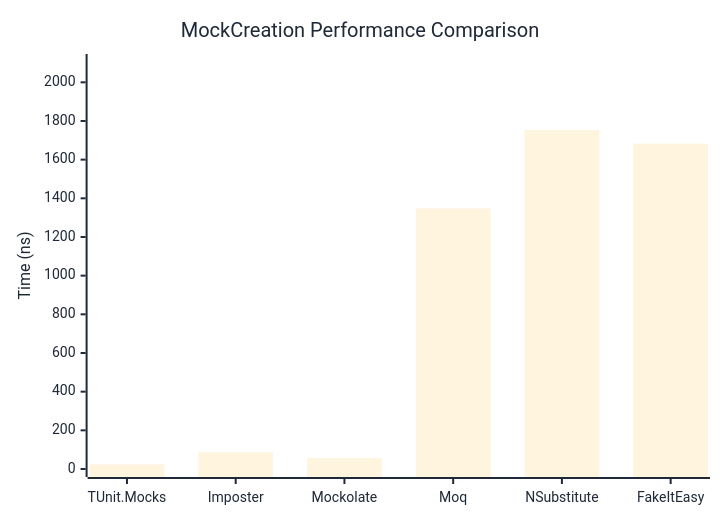
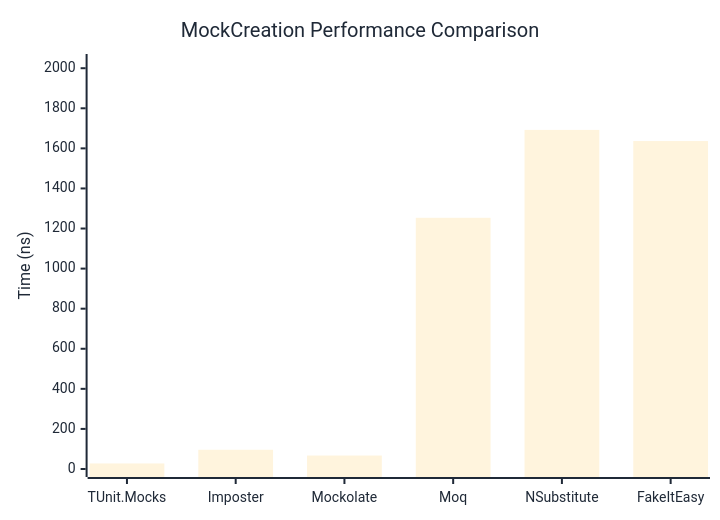
One commit to thomhurst/TUnit changed the first of 2 diagrams in docs/docs/benchmarks/mocks/MockCreation.md. Above: the diagram before and after it, drawn with Mermaid. The commit also changed other lines of this file and 14 other files, not shown here.

````diff
--- a/docs/docs/benchmarks/mocks/MockCreation.md
+++ b/docs/docs/benchmarks/mocks/MockCreation.md
@@ -28,27 +28,27 @@
 ```mermaid
 %%{init: {
   'theme':'base',
   'themeVariables': {
     'primaryColor': '#2563eb',
     'primaryTextColor': '#1f2937',
     'primaryBorderColor': '#1e40af',
     'lineColor': '#6b7280',
     'secondaryColor': '#7c3aed',
     'tertiaryColor': '#dc2626',
     'background': '#ffffff',
     'pie1': '#2563eb',
     'pie2': '#7c3aed',
     'pie3': '#dc2626',
     'pie4': '#f59e0b',
     'pie5': '#10b981',
     'pie6': '#06b6d4',
     'pie7': '#ec4899',
     'pie8': '#6366f1'
   }
 }}%%
 xychart-beta
   title "MockCreation Performance Comparison"
   x-axis ["TUnit.Mocks", "Imposter", "Mockolate", "Moq", "NSubstitute", "FakeItEasy"]
-  y-axis "Time (ns)" 0 --> 2105
-  bar [24.25, 86.41, 56.57, 1347.9, 1753.34, 1682.59]
+  y-axis "Time (ns)" 0 --> 2031
+  bar [27.77, 95.94, 67.2, 1253.52, 1692.19, 1636.57]
 ```
````
